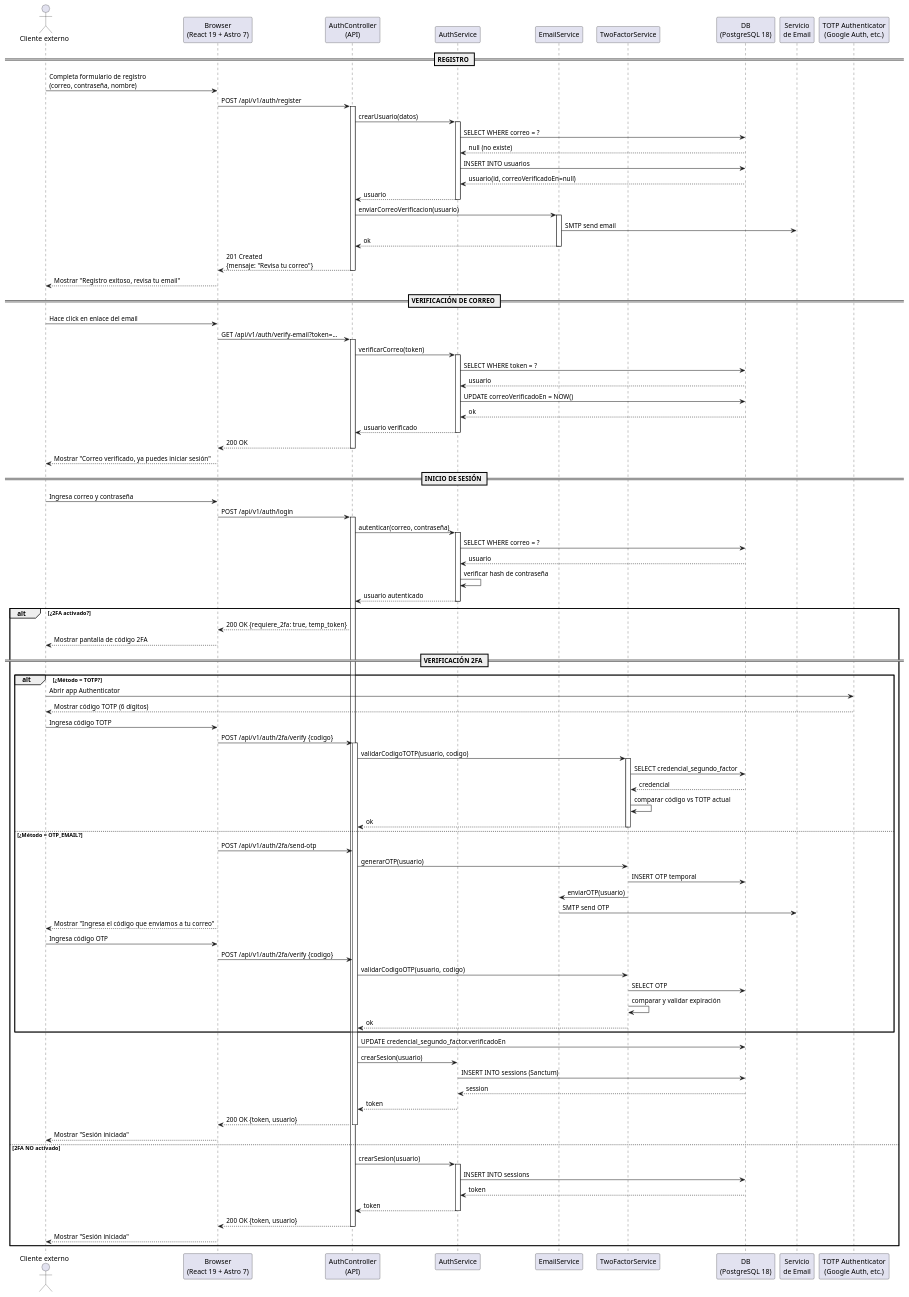
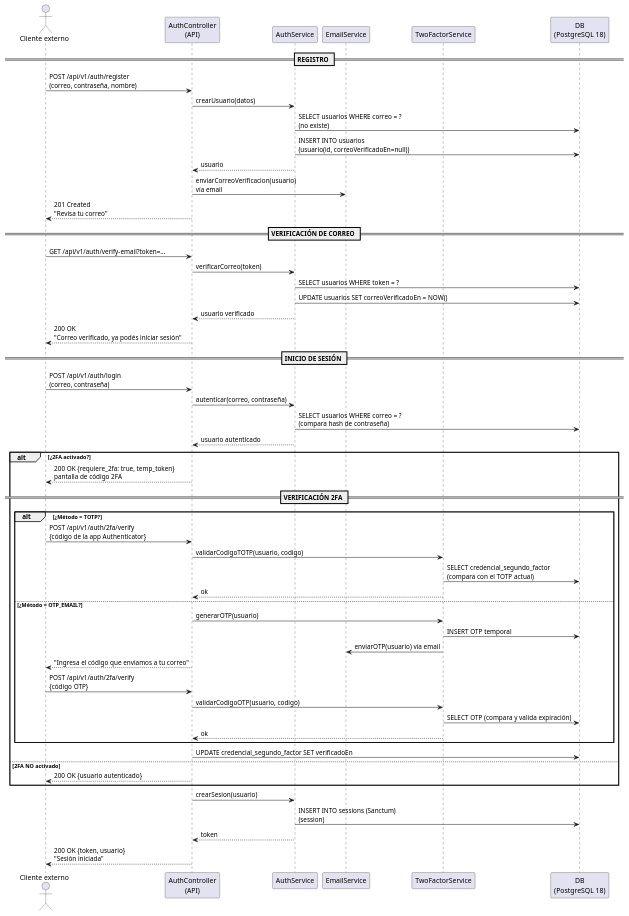
Before and after one commit to D4nitrix13/AtlasCommerce: the diagram in docs/uml/8.4.1-secuencia-registro-2fa-simple.puml, drawn with PlantUML. The commit also changed 11 other files, not shown here.

```diff
--- a/docs/uml/8.4.1-secuencia-registro-2fa-simple.puml
+++ b/docs/uml/8.4.1-secuencia-registro-2fa-simple.puml
@@ -1,119 +1,63 @@
 @startuml 8.4 - Secuencia: Registro e Inicio de Sesión con 2FA
-hide methods
-hide attributes
-hide empty members
 
 actor "Cliente externo" as C
-participant "Browser\n(React 19 + Astro 7)" as B
 participant "AuthController\n(API)" as AC
 participant "AuthService" as AS
 participant "EmailService" as ES
 participant "TwoFactorService" as TF
 participant "DB\n(PostgreSQL 18)" as DB
-participant "Servicio\nde Email" as EM
-participant "TOTP Authenticator\n(Google Auth, etc.)" as TA
 
 == REGISTRO ==
-C -> B : Completa formulario de registro\n(correo, contraseña, nombre)
-B -> AC : POST /api/v1/auth/register
-activate AC
+C -> AC : POST /api/v1/auth/register\n(correo, contraseña, nombre)
 AC -> AS : crearUsuario(datos)
-activate AS
-AS -> DB : SELECT WHERE correo = ?
-DB --> AS : null (no existe)
-AS -> DB : INSERT INTO usuarios
-DB --> AS : usuario(id, correoVerificadoEn=null)
+AS -> DB : SELECT usuarios WHERE correo = ?\n(no existe)
+AS -> DB : INSERT INTO usuarios\n(usuario(id, correoVerificadoEn=null))
 AS --> AC : usuario
-deactivate AS
-AC -> ES : enviarCorreoVerificacion(usuario)
-activate ES
-ES -> EM : SMTP send email
-ES --> AC : ok
-deactivate ES
-AC --> B : 201 Created\n{mensaje: "Revisa tu correo"}
-deactivate AC
-B --> C : Mostrar "Registro exitoso, revisa tu email"
+AC -> ES : enviarCorreoVerificacion(usuario)\nvía email
+AC --> C : 201 Created\n"Revisa tu correo"
 
 == VERIFICACIÓN DE CORREO ==
-C -> B : Hace click en enlace del email
-B -> AC : GET /api/v1/auth/verify-email?token=...
-activate AC
+C -> AC : GET /api/v1/auth/verify-email?token=...
 AC -> AS : verificarCorreo(token)
-activate AS
-AS -> DB : SELECT WHERE token = ?
-DB --> AS : usuario
-AS -> DB : UPDATE correoVerificadoEn = NOW()
-DB --> AS : ok
+AS -> DB : SELECT usuarios WHERE token = ?
+AS -> DB : UPDATE usuarios SET correoVerificadoEn = NOW()
 AS --> AC : usuario verificado
-deactivate AS
-AC --> B : 200 OK
-deactivate AC
-B --> C : Mostrar "Correo verificado, ya puedes iniciar sesión"
+AC --> C : 200 OK\n"Correo verificado, ya podés iniciar sesión"
 
 == INICIO DE SESIÓN ==
-C -> B : Ingresa correo y contraseña
-B -> AC : POST /api/v1/auth/login
-activate AC
+C -> AC : POST /api/v1/auth/login\n(correo, contraseña)
 AC -> AS : autenticar(correo, contraseña)
-activate AS
-AS -> DB : SELECT WHERE correo = ?
-DB --> AS : usuario
-AS -> AS : verificar hash de contraseña
+AS -> DB : SELECT usuarios WHERE correo = ?\n(compara hash de contraseña)
 AS --> AC : usuario autenticado
-deactivate AS
 
 alt ¿2FA activado?
-  AC --> B : 200 OK {requiere_2fa: true, temp_token}
-  B --> C : Mostrar pantalla de código 2FA
+  AC --> C : 200 OK {requiere_2fa: true, temp_token}\npantalla de código 2FA
 
   == VERIFICACIÓN 2FA ==
   alt ¿Método = TOTP?
-    C -> TA : Abrir app Authenticator
-    TA --> C : Mostrar código TOTP (6 dígitos)
-    C -> B : Ingresa código TOTP
-    B -> AC : POST /api/v1/auth/2fa/verify {codigo}
-    activate AC
+    C -> AC : POST /api/v1/auth/2fa/verify\n{código de la app Authenticator}
     AC -> TF : validarCodigoTOTP(usuario, codigo)
-    activate TF
-    TF -> DB : SELECT credencial_segundo_factor
-    DB --> TF : credencial
-    TF -> TF : comparar código vs TOTP actual
+    TF -> DB : SELECT credencial_segundo_factor\n(compara con el TOTP actual)
     TF --> AC : ok
-    deactivate TF
   else ¿Método = OTP_EMAIL?
-    B -> AC : POST /api/v1/auth/2fa/send-otp
     AC -> TF : generarOTP(usuario)
     TF -> DB : INSERT OTP temporal
-    TF -> ES : enviarOTP(usuario)
-    ES -> EM : SMTP send OTP
-    B --> C : Mostrar "Ingresa el código que enviamos a tu correo"
-    C -> B : Ingresa código OTP
-    B -> AC : POST /api/v1/auth/2fa/verify {codigo}
+    TF -> ES : enviarOTP(usuario) vía email
+    AC --> C : "Ingresa el código que enviamos a tu correo"
+    C -> AC : POST /api/v1/auth/2fa/verify\n{código OTP}
     AC -> TF : validarCodigoOTP(usuario, codigo)
-    TF -> DB : SELECT OTP
-    TF -> TF : comparar y validar expiración
+    TF -> DB : SELECT OTP (compara y valida expiración)
     TF --> AC : ok
   end
 
-  AC -> DB : UPDATE credencial_segundo_factor.verificadoEn
-  AC -> AS : crearSesion(usuario)
-  AS -> DB : INSERT INTO sessions (Sanctum)
-  DB --> AS : session
-  AS --> AC : token
-  AC --> B : 200 OK {token, usuario}
-  deactivate AC
-  B --> C : Mostrar "Sesión iniciada"
-
+  AC -> DB : UPDATE credencial_segundo_factor SET verificadoEn
 else 2FA NO activado
-  AC -> AS : crearSesion(usuario)
-  activate AS
-  AS -> DB : INSERT INTO sessions
-  DB --> AS : token
-  AS --> AC : token
-  deactivate AS
-  AC --> B : 200 OK {token, usuario}
-  deactivate AC
-  B --> C : Mostrar "Sesión iniciada"
+  AC --> C : 200 OK {usuario autenticado}
 end
 
+AC -> AS : crearSesion(usuario)
+AS -> DB : INSERT INTO sessions (Sanctum)\n(session)
+AS --> AC : token
+AC --> C : 200 OK {token, usuario}\n"Sesión iniciada"
+
 @enduml
```
